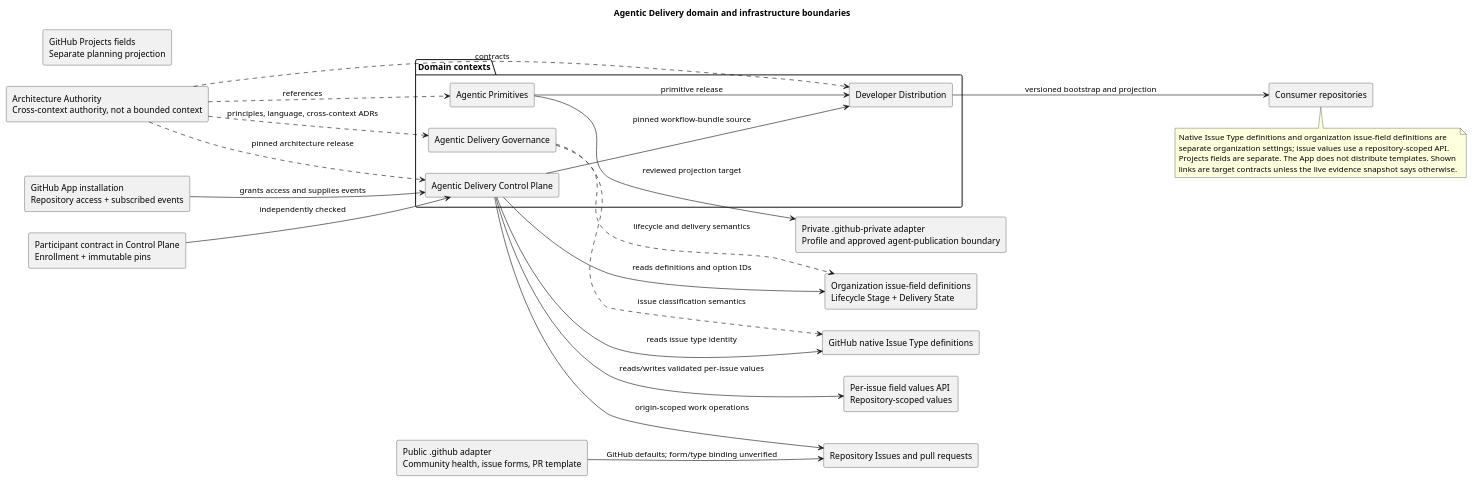
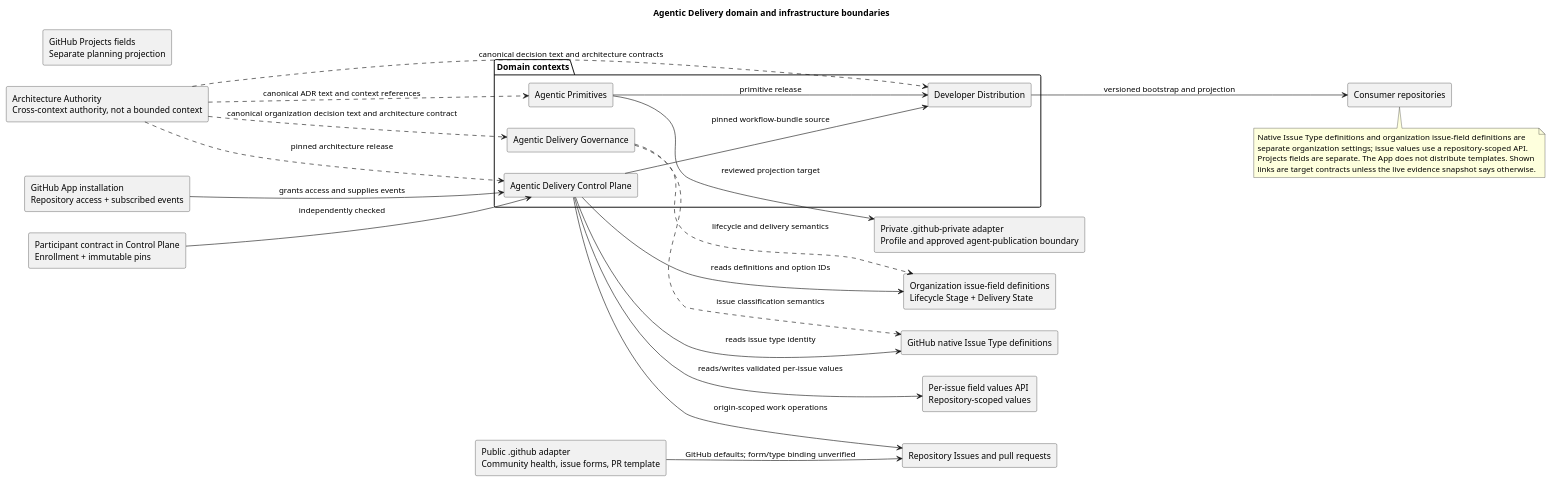
One commit to agentic-delivery-lab/agentic-delivery-architecture changed the diagram in architecture/models/uml/bounded-contexts.puml. Above: the diagram before and after it, drawn with PlantUML. The commit also changed 53 other files, not shown here.

Commit message:
docs(architecture): 🏛️ centralize canonical decision text

```diff
--- a/architecture/models/uml/bounded-contexts.puml
+++ b/architecture/models/uml/bounded-contexts.puml
@@ -1,46 +1,46 @@
 @startuml bounded-contexts
 title Agentic Delivery domain and infrastructure boundaries
 left to right direction
 package "Domain contexts" {
   rectangle "Agentic Delivery Governance" as governance
   rectangle "Agentic Delivery Control Plane" as control
   rectangle "Agentic Primitives" as primitives
   rectangle "Developer Distribution" as distribution
 }
 rectangle "Architecture Authority\nCross-context authority, not a bounded context" as architecture
 rectangle "Public .github adapter\nCommunity health, issue forms, PR template" as public
 rectangle "Private .github-private adapter\nProfile and approved agent-publication boundary" as private
 rectangle "GitHub native Issue Type definitions" as nativeTypes
 rectangle "Organization issue-field definitions\nLifecycle Stage + Delivery State" as fieldDefinitions
 rectangle "GitHub Projects fields\nSeparate planning projection" as projects
 rectangle "GitHub App installation\nRepository access + subscribed events" as app
 rectangle "Repository Issues and pull requests" as issues
 rectangle "Per-issue field values API\nRepository-scoped values" as fieldValues
 rectangle "Participant contract in Control Plane\nEnrollment + immutable pins" as enrollment
 rectangle "Consumer repositories" as consumers
 
-architecture ..> governance : principles, language, cross-context ADRs
+architecture ..> governance : canonical organization decision text and architecture contract
 architecture ..> control : pinned architecture release
-architecture ..> primitives : references
-architecture ..> distribution : contracts
+architecture ..> primitives : canonical ADR text and context references
+architecture ..> distribution : canonical decision text and architecture contracts
 app --> control : grants access and supplies events
 enrollment --> control : independently checked
 control --> nativeTypes : reads issue type identity
 control --> fieldDefinitions : reads definitions and option IDs
 control --> fieldValues : reads/writes validated per-issue values
 control --> issues : origin-scoped work operations
 governance ..> nativeTypes : issue classification semantics
 governance ..> fieldDefinitions : lifecycle and delivery semantics
 public --> issues : GitHub defaults; form/type binding unverified
 primitives --> private : reviewed projection target
 primitives --> distribution : primitive release
 control --> distribution : pinned workflow-bundle source
 distribution --> consumers : versioned bootstrap and projection
 
 note bottom
   Native Issue Type definitions and organization issue-field definitions are
   separate organization settings; issue values use a repository-scoped API.
   Projects fields are separate. The App does not distribute templates. Shown
   links are target contracts unless the live evidence snapshot says otherwise.
 end note
 @enduml
```
